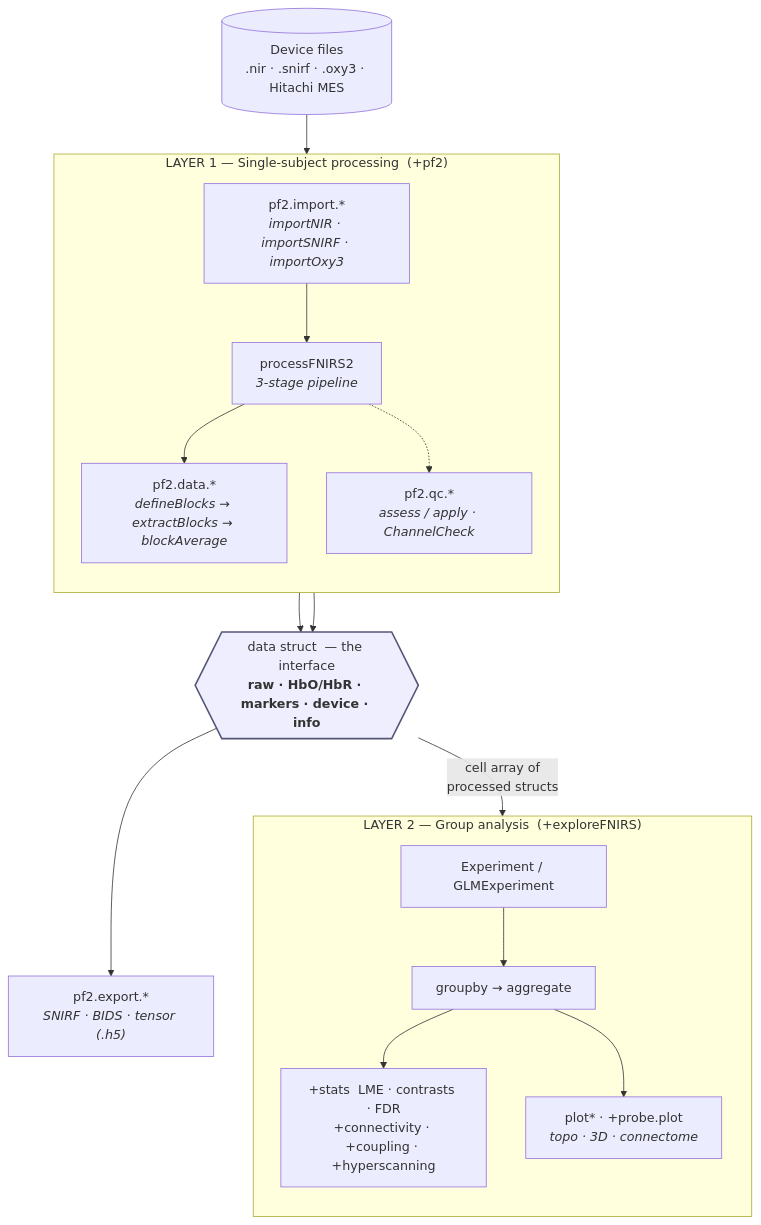
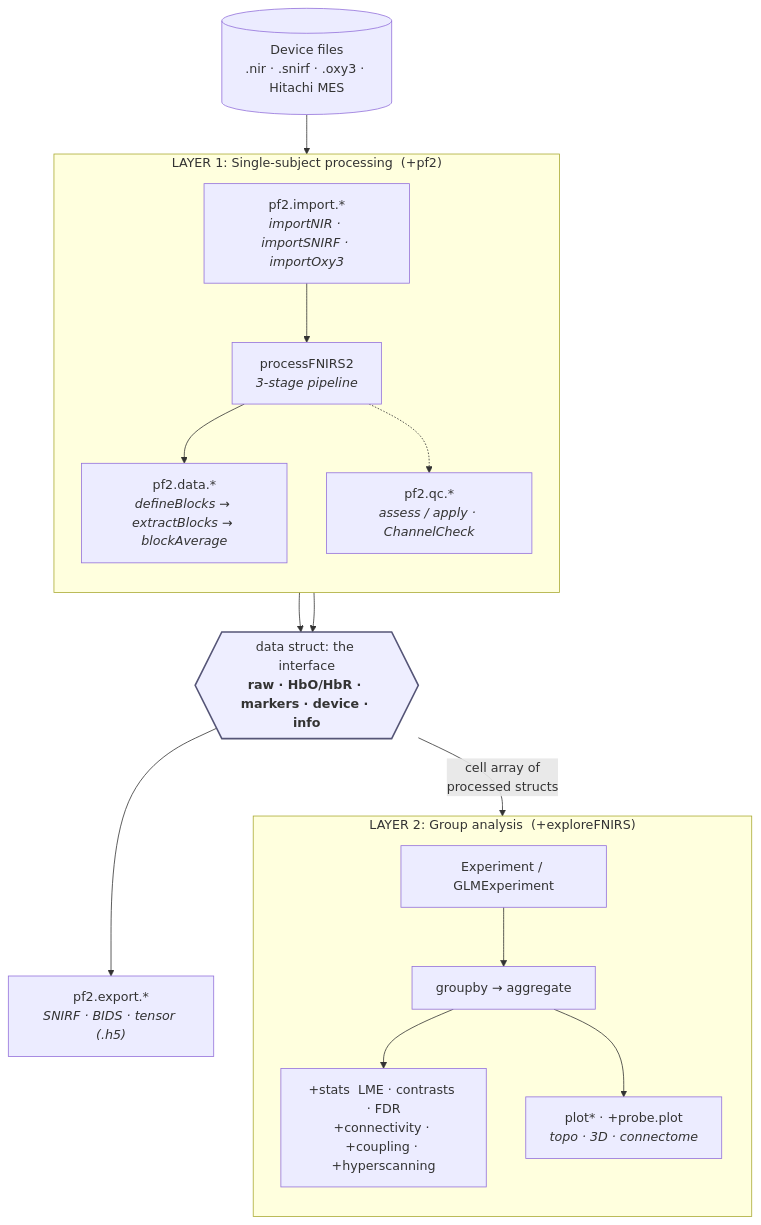
The first of 6 diagrams in docs/ARCHITECTURE.md (AdrianCurtin/processFNIRS2), drawn with Mermaid before and after one commit. The commit also changed other lines of this file and 17 other files, not shown here.

````diff
--- a/docs/ARCHITECTURE.md
+++ b/docs/ARCHITECTURE.md
@@ -13,38 +13,38 @@
 ```mermaid
 flowchart TB
     files[("Device files<br/>.nir · .snirf · .oxy3 · Hitachi MES")]
 
-    subgraph L1["LAYER 1 — Single-subject processing &nbsp;(+pf2)"]
+    subgraph L1["LAYER 1: Single-subject processing &nbsp;(+pf2)"]
         direction TB
         imp["pf2.import.*<br/><i>importNIR · importSNIRF · importOxy3</i>"]
         proc["processFNIRS2<br/><i>3-stage pipeline</i>"]
         epoch["pf2.data.*<br/><i>defineBlocks → extractBlocks → blockAverage</i>"]
         qc["pf2.qc.*<br/><i>assess / apply · ChannelCheck</i>"]
         imp --> proc
         proc --> epoch
         proc -.-> qc
     end
 
-    struct{{"data struct &nbsp;— the interface<br/><b>raw · HbO/HbR · markers · device · info</b>"}}
+    struct{{"data struct: the interface<br/><b>raw · HbO/HbR · markers · device · info</b>"}}
 
-    subgraph L2["LAYER 2 — Group analysis &nbsp;(+exploreFNIRS)"]
+    subgraph L2["LAYER 2: Group analysis &nbsp;(+exploreFNIRS)"]
         direction TB
         ex["Experiment / GLMExperiment"]
         agg["groupby → aggregate"]
         ana["+stats &nbsp;LME · contrasts · FDR<br/>+connectivity · +coupling · +hyperscanning"]
         viz["plot* · +probe.plot<br/><i>topo · 3D · connectome</i>"]
         ex --> agg --> ana
         agg --> viz
     end
 
     exp["pf2.export.*<br/><i>SNIRF · BIDS · tensor (.h5)</i>"]
 
     files --> imp
     proc --> struct
     epoch --> struct
     struct -->|"cell array of<br/>processed structs"| ex
     struct --> exp
 
     classDef contract fill:#eef,stroke:#557,stroke-width:2px;
     class struct contract;
 ```
````
